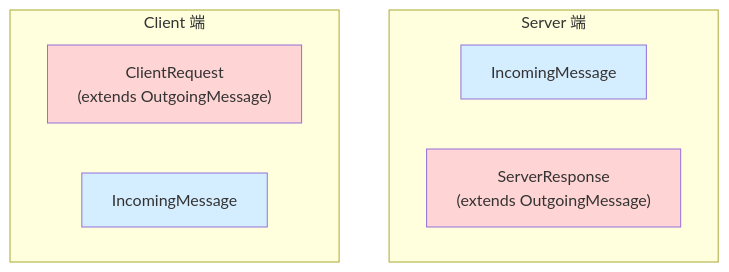
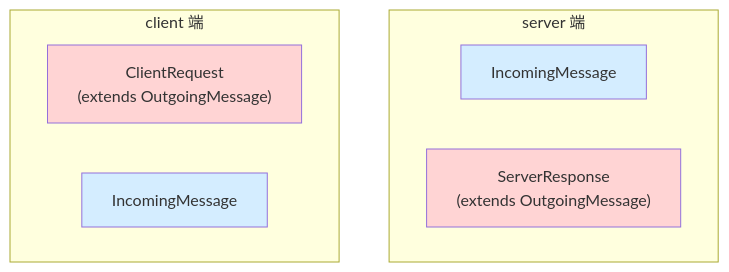
One commit to samuel871211/yusheng-tech-blog changed the first of 4 diagrams in docs/nodejs/http-request-response-classes.md. Above: the diagram before and after it, drawn with Mermaid. The commit also changed other lines of this file, not shown here.

````diff
--- a/docs/nodejs/http-request-response-classes.md
+++ b/docs/nodejs/http-request-response-classes.md
@@ -19,18 +17,18 @@
 ```mermaid
 graph
-    subgraph Server["Server 端"]
+    subgraph Server["server 端"]
         SReq["IncomingMessage"]
         SRes["ServerResponse<br/>(extends OutgoingMessage)"]
     end
 
-    subgraph Client["Client 端"]
+    subgraph Client["client 端"]
         CReq["ClientRequest<br/>(extends OutgoingMessage)"]
         CRes["IncomingMessage"]
     end
 
     style CReq fill:#ffd4d4
     style CRes fill:#d4edff
 
     style SReq fill:#d4edff
     style SRes fill:#ffd4d4
 ```
````
